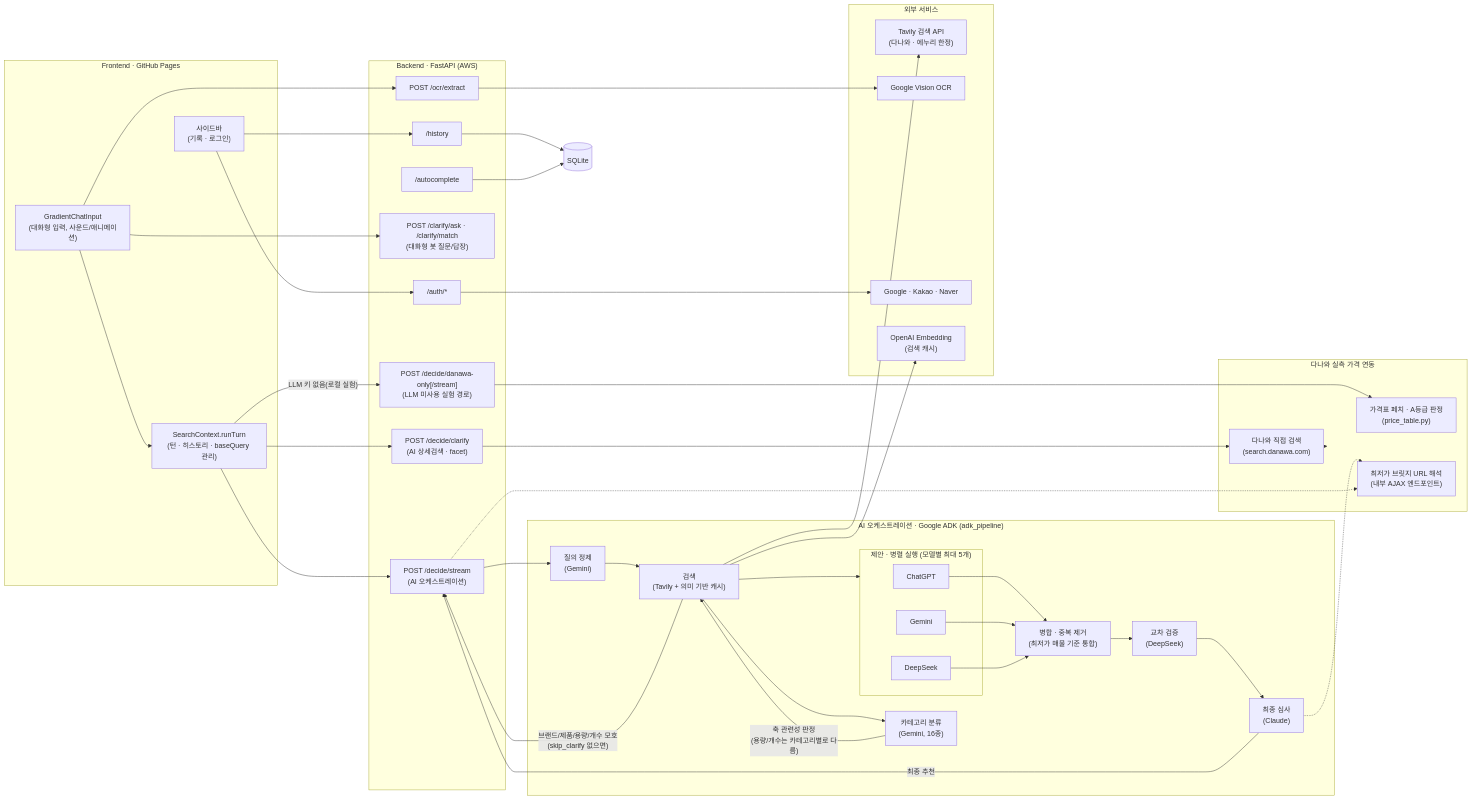
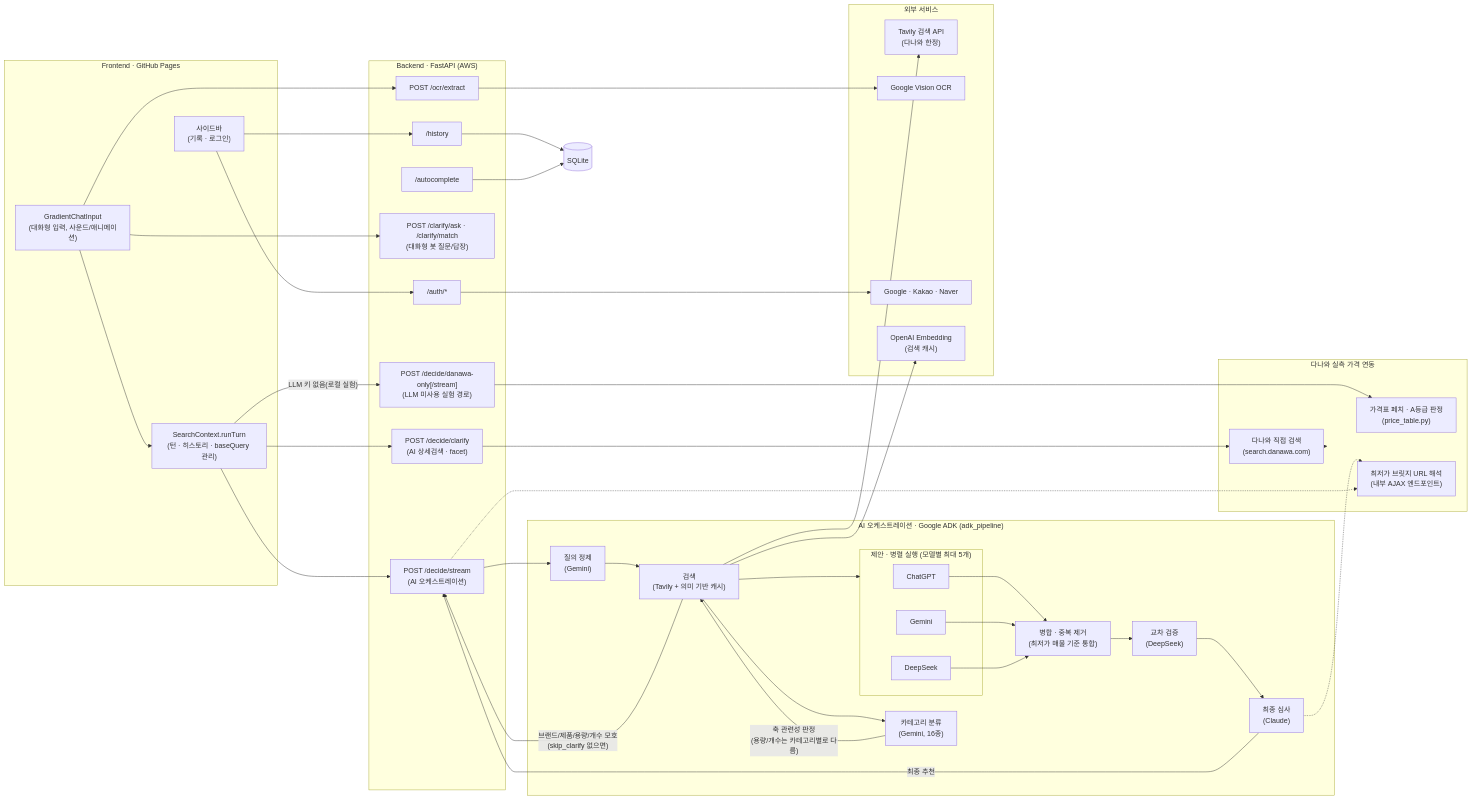
The first of 2 diagrams in README.md (Alpha-pick00/Alpha-pick00.github.io), drawn with Mermaid before and after one commit. The commit also changed other lines of this file and 10 other files, not shown here.

````diff
--- a/README.md
+++ b/README.md
@@ -21,76 +21,76 @@
 ```mermaid
 flowchart LR
     subgraph FE["Frontend · GitHub Pages"]
         GCI["GradientChatInput<br/>(대화형 입력, 사운드/애니메이션)"]
         CTX["SearchContext.runTurn<br/>(턴 · 히스토리 · baseQuery 관리)"]
         SB["사이드바<br/>(기록 · 로그인)"]
     end
 
     subgraph BE["Backend · FastAPI (AWS)"]
         DECIDE["POST /decide/stream<br/>(AI 오케스트레이션)"]
         CLARIFYF["POST /decide/clarify<br/>(AI 상세검색 · facet)"]
         DANAWAONLY["POST /decide/danawa-only[/stream]<br/>(LLM 미사용 실험 경로)"]
         CHAT["POST /clarify/ask · /clarify/match<br/>(대화형 봇 질문/답장)"]
         OCR["POST /ocr/extract"]
         AUTH["/auth/*"]
         HIST["/history"]
         AC["/autocomplete"]
     end
 
     subgraph PIPE["AI 오케스트레이션 · Google ADK (adk_pipeline)"]
         REFINE["질의 정제<br/>(Gemini)"]
         SEARCH["검색<br/>(Tavily + 의미 기반 캐시)"]
         CAT["카테고리 분류<br/>(Gemini, 16종)"]
         subgraph PROPOSE["제안 · 병렬 실행 (모델별 최대 5개)"]
             GPT["ChatGPT"]
             GEMINI["Gemini"]
             DEEPSEEK["DeepSeek"]
         end
         MERGE["병합 · 중복 제거<br/>(최저가 매물 기준 통합)"]
         CHALLENGE["교차 검증<br/>(DeepSeek)"]
         JUDGE["최종 심사<br/>(Claude)"]
     end
 
     subgraph DANAWA["다나와 실측 가격 연동"]
         DSEARCH["다나와 직접 검색<br/>(search.danawa.com)"]
         PTABLE["가격표 페치 · A등급 판정<br/>(price_table.py)"]
         BRIDGE["최저가 브릿지 URL 해석<br/>(내부 AJAX 엔드포인트)"]
     end
 
     subgraph EXT["외부 서비스"]
-        TAVILY["Tavily 검색 API<br/>(다나와 · 에누리 한정)"]
+        TAVILY["Tavily 검색 API<br/>(다나와 한정)"]
         VISION["Google Vision OCR"]
         OAUTH["Google · Kakao · Naver"]
         EMBED["OpenAI Embedding<br/>(검색 캐시)"]
     end
 
     DB[(SQLite)]
 
     GCI --> CTX
     CTX --> DECIDE
     CTX --> CLARIFYF
     CTX -- "LLM 키 없음(로컬 실험)" --> DANAWAONLY
     GCI --> CHAT
     GCI --> OCR
     SB --> AUTH
     SB --> HIST
 
     DECIDE --> REFINE --> SEARCH --> CAT
     SEARCH --> TAVILY
     SEARCH --> EMBED
     CAT -- "축 관련성 판정<br/>(용량/개수는 카테고리별로 다름)" --> SEARCH
     SEARCH -- "브랜드/제품/용량/개수 모호<br/>(skip_clarify 없으면)" --> DECIDE
     SEARCH --> PROPOSE
     GPT & GEMINI & DEEPSEEK --> MERGE --> CHALLENGE --> JUDGE
     JUDGE -- 최종 추천 --> DECIDE
 
     CLARIFYF --> DSEARCH --> DANAWA
     DANAWAONLY --> PTABLE
     JUDGE -.-> BRIDGE
     DECIDE -.-> BRIDGE
 
     OCR --> VISION
     AUTH --> OAUTH
     HIST --> DB
     AC --> DB
 ```
````
